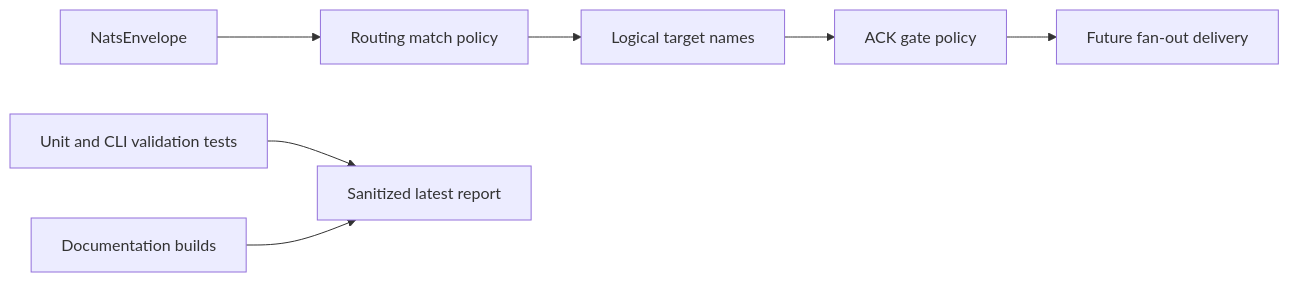
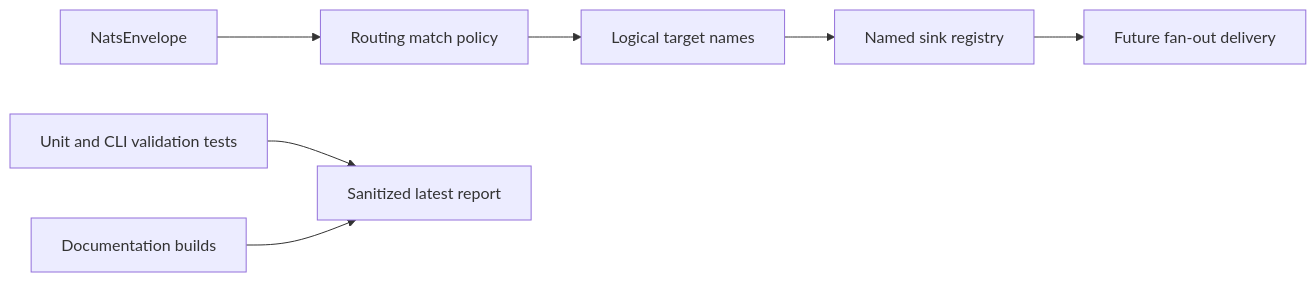
Before and after one commit to ProjectCuillin/nats-sinks: the diagram in docs/test-report.md, drawn with Mermaid. The commit also changed other lines of this file and 16 other files, not shown here.

Commit message:
Add named multi-sink configuration

````diff
--- a/docs/test-report.md
+++ b/docs/test-report.md
@@ -31,9 +32,9 @@
 ```mermaid
 flowchart LR
     Env[NatsEnvelope] --> Policy[Routing match policy]
     Policy --> Targets[Logical target names]
-    Targets --> AckGate[ACK gate policy]
-    AckGate --> Future[Future fan-out delivery]
+    Targets --> Registry[Named sink registry]
+    Registry --> Future[Future fan-out delivery]
     Tests[Unit and CLI validation tests] --> Report[Sanitized latest report]
     Docs[Documentation builds] --> Report
 ```
````
